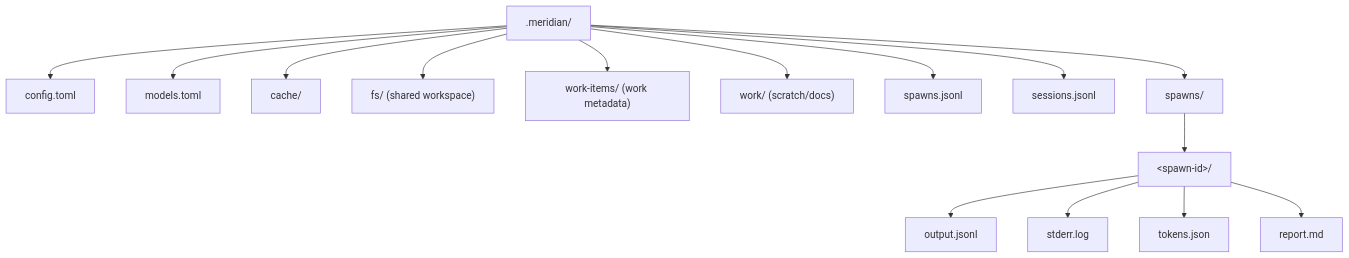
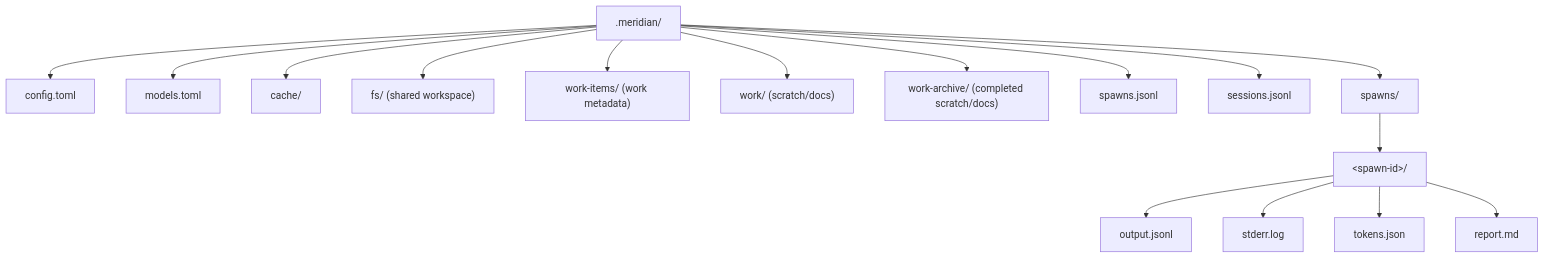
Before and after one commit to haowjy/meridian-channel: the fifth of 8 diagrams in docs/_internal/ARCHITECTURE.md, drawn with Mermaid. The commit also changed other lines of this file and 69 other files, not shown here.

````diff
--- a/docs/_internal/ARCHITECTURE.md
+++ b/docs/_internal/ARCHITECTURE.md
@@ -243,17 +243,18 @@
 ```mermaid
 graph TD
     Root[".meridian/"] --> Config["config.toml"]
     Root --> Models["models.toml"]
     Root --> Cache["cache/"]
     Root --> FS["fs/ (shared workspace)"]
     Root --> WorkItems["work-items/ (work metadata)"]
     Root --> Work["work/ (scratch/docs)"]
+    Root --> WorkArchive["work-archive/ (completed scratch/docs)"]
     Root --> SpJ["spawns.jsonl"]
     Root --> SeJ["sessions.jsonl"]
     Root --> SpDir["spawns/"]
     SpDir --> Sp1["&lt;spawn-id&gt;/"]
     Sp1 --> Out["output.jsonl"]
     Sp1 --> Err["stderr.log"]
     Sp1 --> Tok["tokens.json"]
     Sp1 --> Rep["report.md"]
 ```
````
